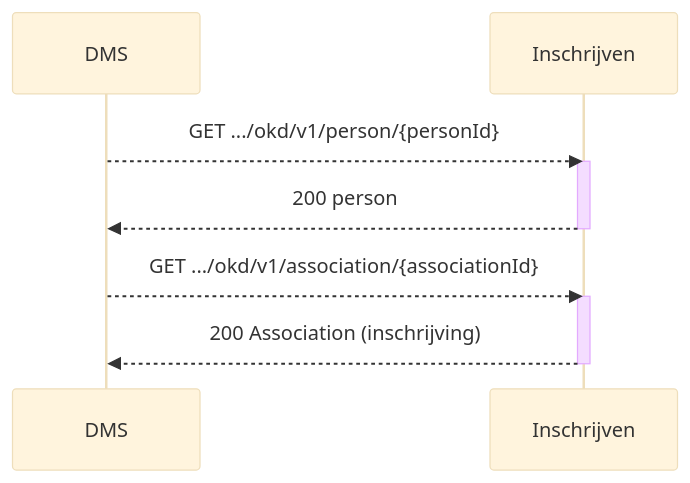
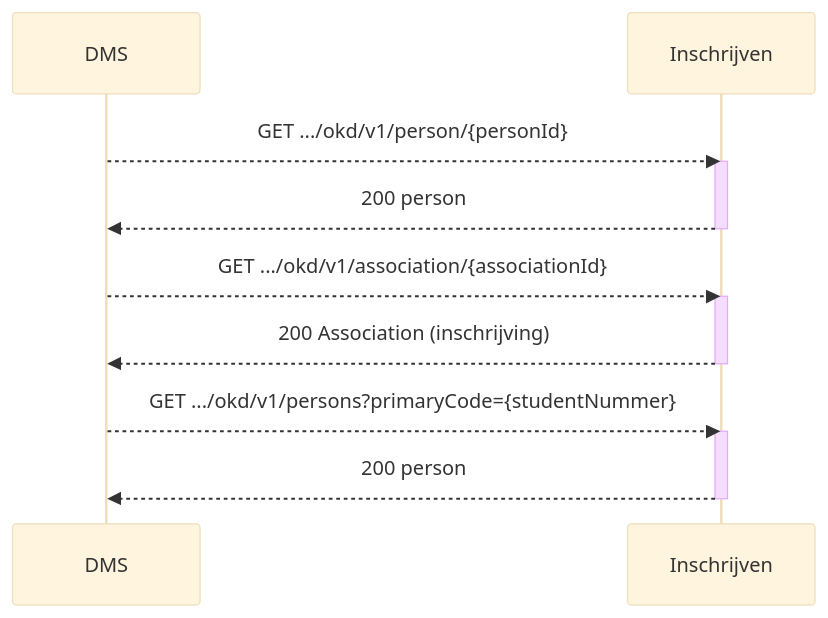
Before and after one commit to Onderwijs-Koppelingen-OKx/OKD-Document-Management: the diagram in doc/flow-7.md, drawn with Mermaid (base theme). The commit also changed other lines of this file, not shown here.

First line of the commit message:
Update flow-7.md

````diff
--- a/doc/flow-7.md
+++ b/doc/flow-7.md
@@ -16,14 +15,19 @@
 ```mermaid
 sequenceDiagram
     participant DMS
     participant Inschrijven
     DMS-->>Inschrijven: GET .../okd/v1/person/{personId}
     activate Inschrijven
     Inschrijven-->>DMS: 200 person
     deactivate Inschrijven
 
     DMS-->>Inschrijven: GET .../okd/v1/association/{associationId}
     activate Inschrijven
     Inschrijven-->>DMS: 200 Association (inschrijving)
     deactivate Inschrijven
+
+    DMS-->>Inschrijven: GET .../okd/v1/persons?primaryCode={studentNummer}
+    activate Inschrijven
+    Inschrijven-->>DMS: 200 person
+    deactivate Inschrijven
 ```
````
